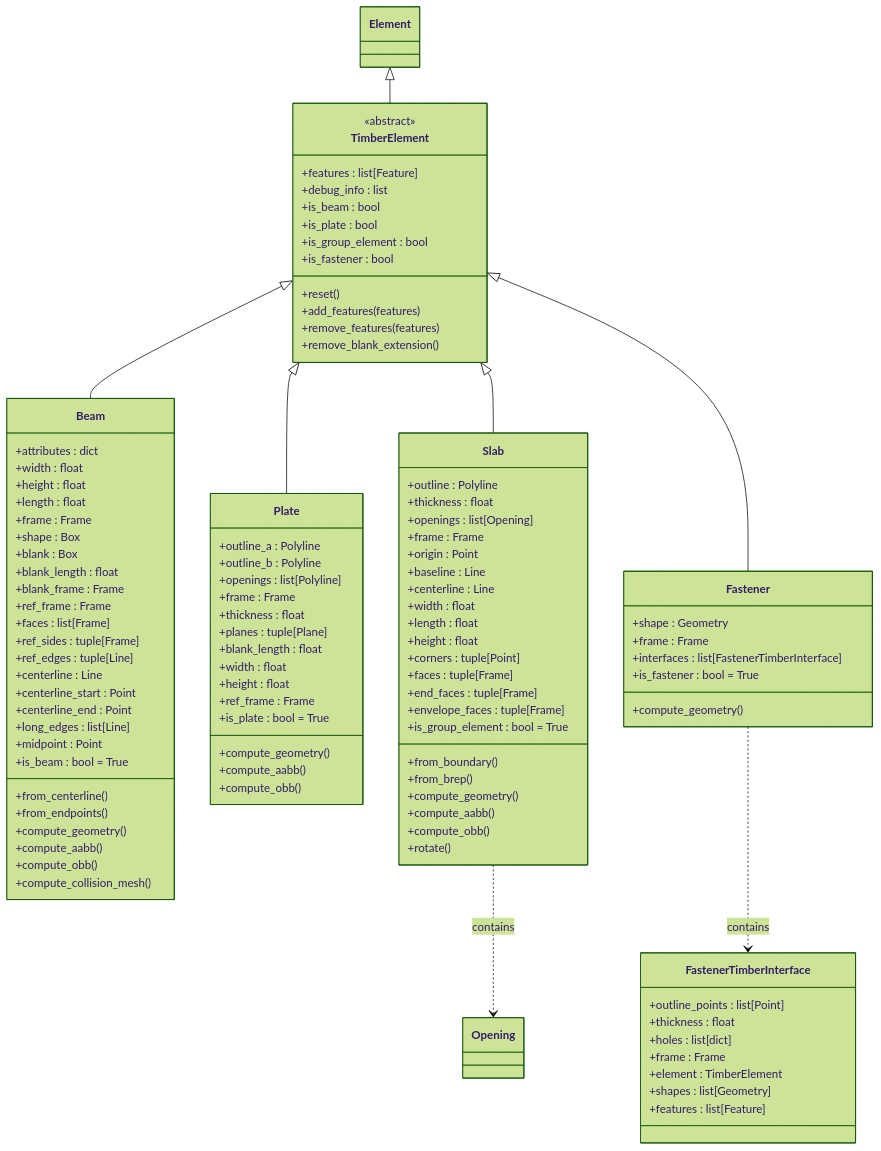
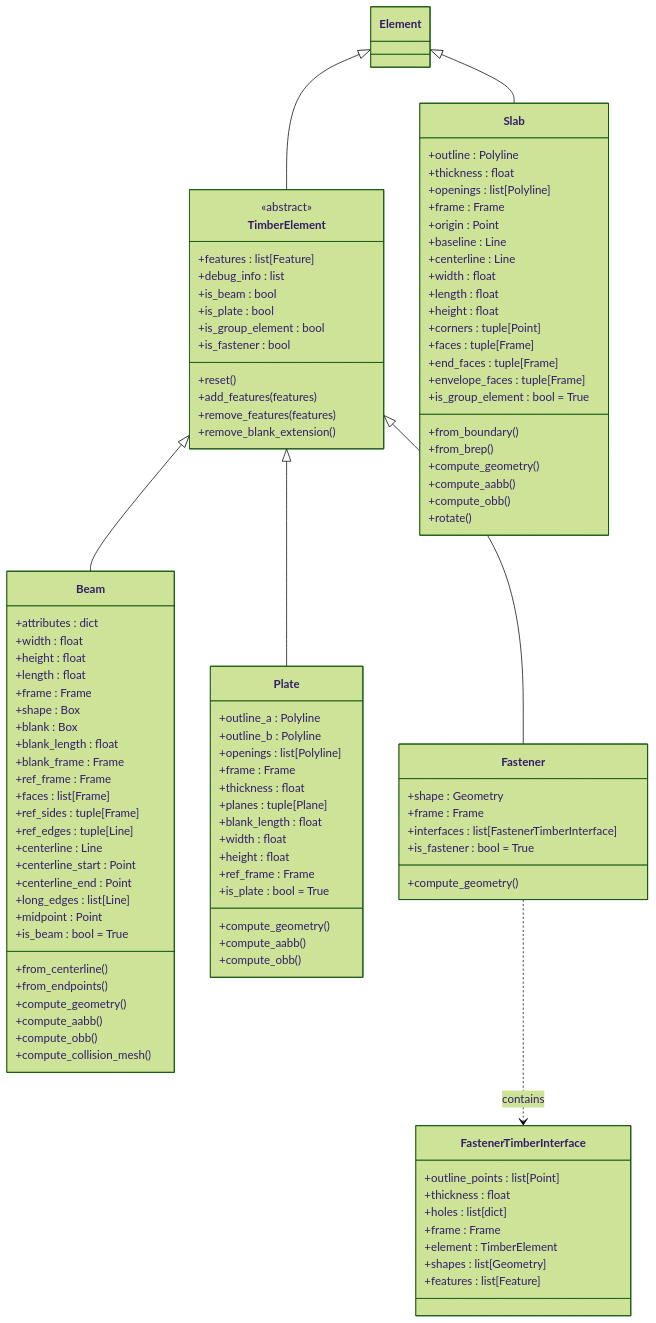
The first of 4 diagrams in docs/contribution/class_diagrams.rst (gramaziokohler/compas_timber), drawn with Mermaid (forest theme) before and after one commit. The commit also changed 4 other files, not shown here.

```diff
--- a/docs/contribution/class_diagrams.rst
+++ b/docs/contribution/class_diagrams.rst
@@ -79,7 +79,7 @@
       class Slab {
          +outline : Polyline
          +thickness : float
-         +openings : list[Opening]
+         +openings : list[Polyline]
          +frame : Frame
          +origin : Point
          +baseline : Line
@@ -124,9 +124,8 @@
       Element <|-- TimberElement
       TimberElement <|-- Beam
       TimberElement <|-- Plate
-      TimberElement <|-- Slab
+      Element <|-- Slab
       TimberElement <|-- Fastener
 
       %% Composition relationships
-      Slab ..> Opening : contains
       Fastener ..> FastenerTimberInterface : contains
```
